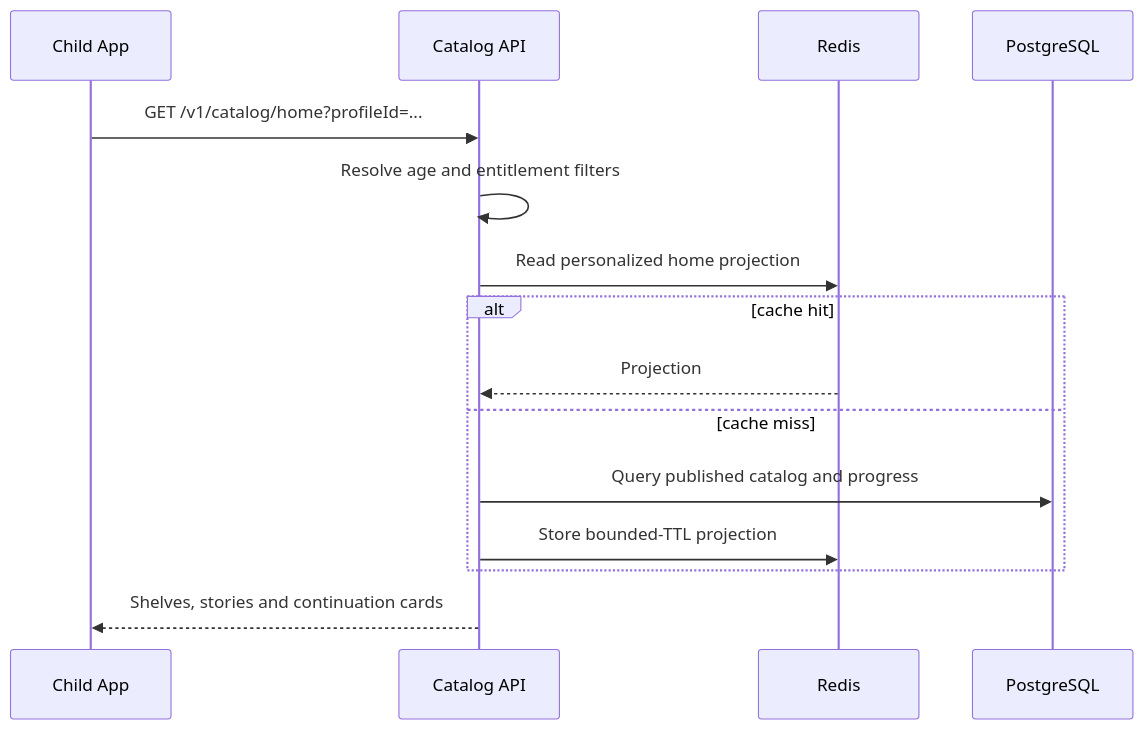
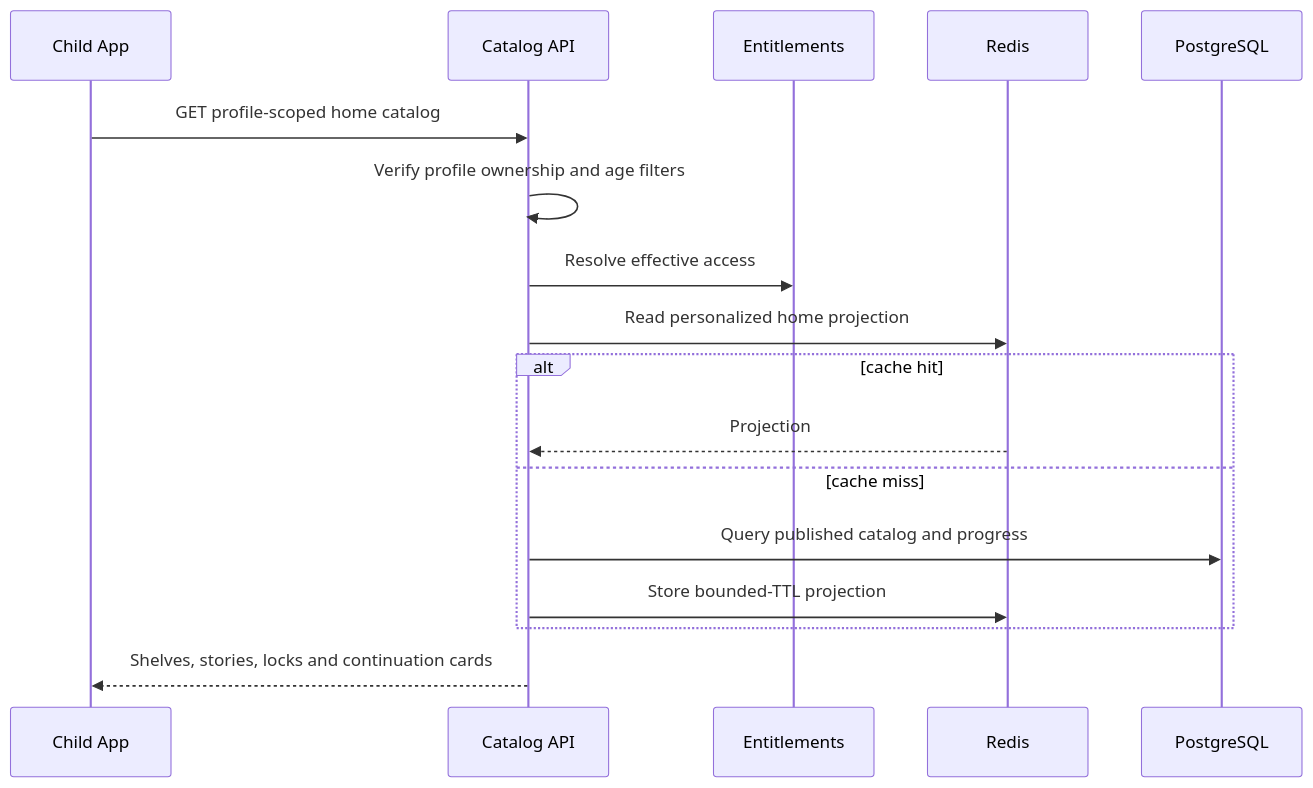
The fourth of 14 diagrams in docs/03_Architecture/System_Flows.md (IoanMarian08/KidsAudioBookPlatform), drawn with Mermaid before and after one commit. The commit also changed other lines of this file, not shown here.

Commit message:
Document system flows

````diff
--- a/docs/03_Architecture/System_Flows.md
+++ b/docs/03_Architecture/System_Flows.md
@@ -131,18 +229,20 @@
 ```mermaid
 sequenceDiagram
     participant C as Child App
     participant API as Catalog API
+    participant E as Entitlements
     participant Cache as Redis
     participant DB as PostgreSQL
 
-    C->>API: GET /v1/catalog/home?profileId=...
-    API->>API: Resolve age and entitlement filters
+    C->>API: GET profile-scoped home catalog
+    API->>API: Verify profile ownership and age filters
+    API->>E: Resolve effective access
     API->>Cache: Read personalized home projection
     alt cache hit
         Cache-->>API: Projection
     else cache miss
         API->>DB: Query published catalog and progress
         API->>Cache: Store bounded-TTL projection
     end
-    API-->>C: Shelves, stories and continuation cards
+    API-->>C: Shelves, stories, locks and continuation cards
 ```
````
